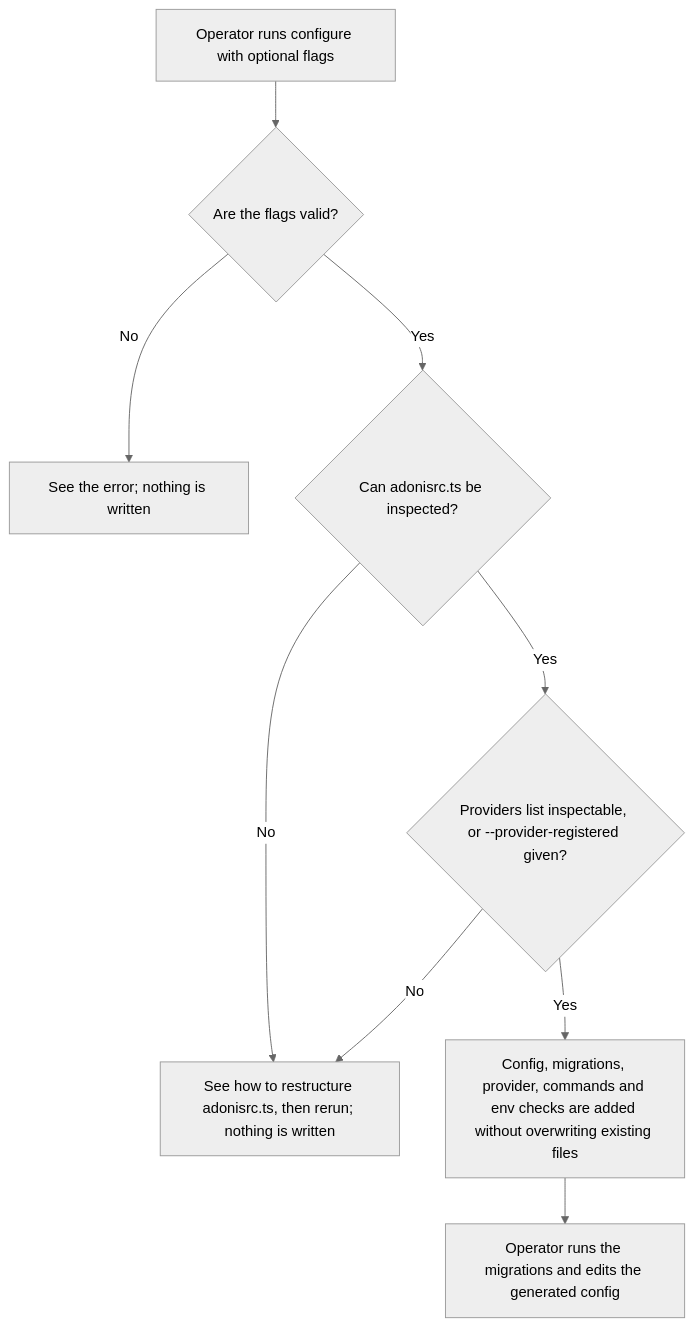
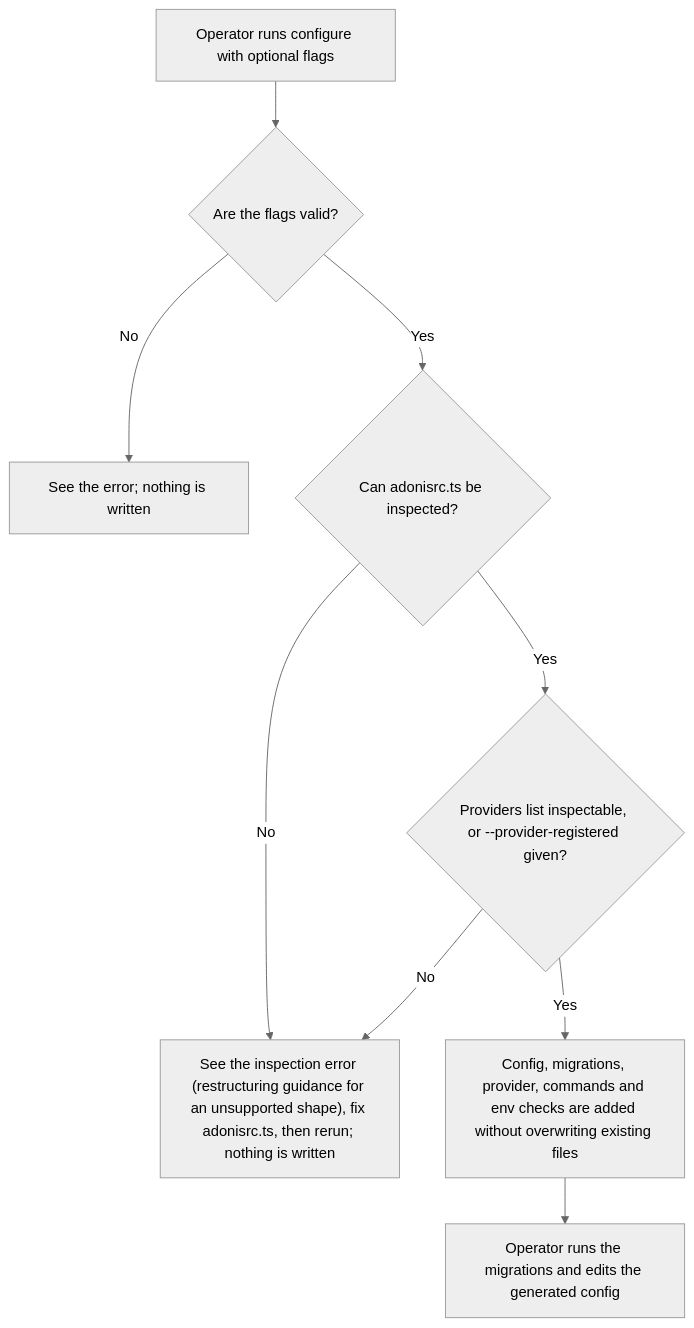
One commit to Kevinjohn/oss-adonisjs-account-kit changed the first of 2 diagrams in user-stories/US-ACCOUNT-60-install-account-kit-package.md. Above: the diagram before and after it, drawn with Mermaid (neutral theme). The commit also changed other lines of this file and 9 other files, not shown here.

````diff
--- a/user-stories/US-ACCOUNT-60-install-account-kit-package.md
+++ b/user-stories/US-ACCOUNT-60-install-account-kit-package.md
@@ -26,11 +26,11 @@
 ```mermaid
 flowchart TD
     A["Operator runs configure with optional flags"] --> B{"Are the flags valid?"}
     B -->|No| C["See the error; nothing is written"]
     B -->|Yes| D{"Can adonisrc.ts be inspected?"}
-    D -->|No| E["See how to restructure adonisrc.ts, then rerun; nothing is written"]
+    D -->|No| E["See the inspection error (restructuring guidance for an unsupported shape), fix adonisrc.ts, then rerun; nothing is written"]
     D -->|Yes| P{"Providers list inspectable, or --provider-registered given?"}
     P -->|No| E
     P -->|Yes| F["Config, migrations, provider, commands and env checks are added without overwriting existing files"]
     F --> G["Operator runs the migrations and edits the generated config"]
 ```
````
